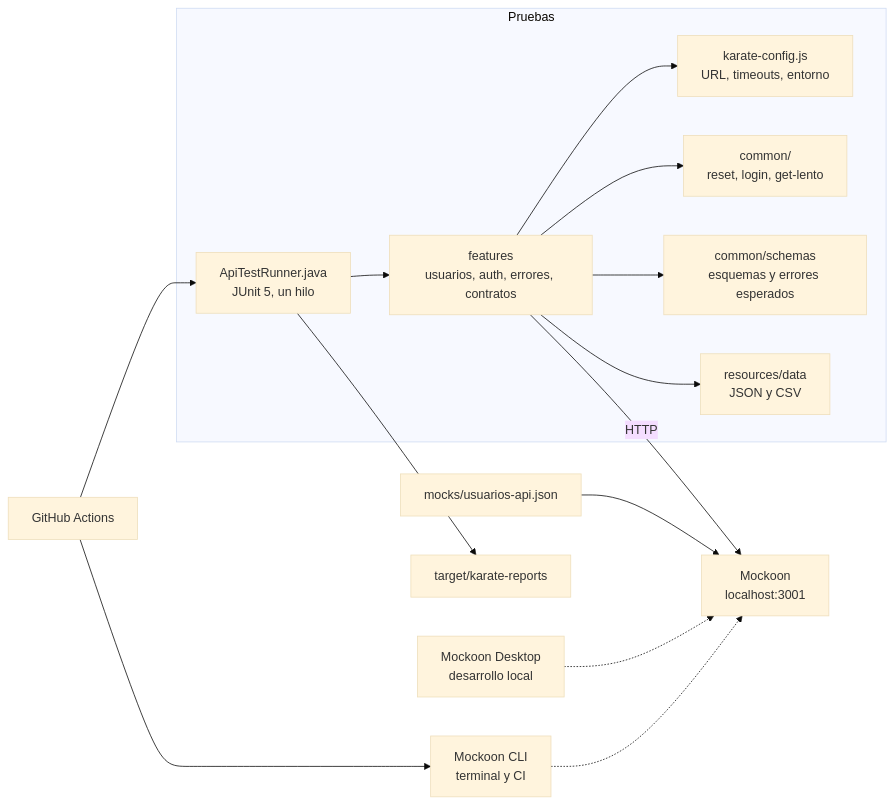
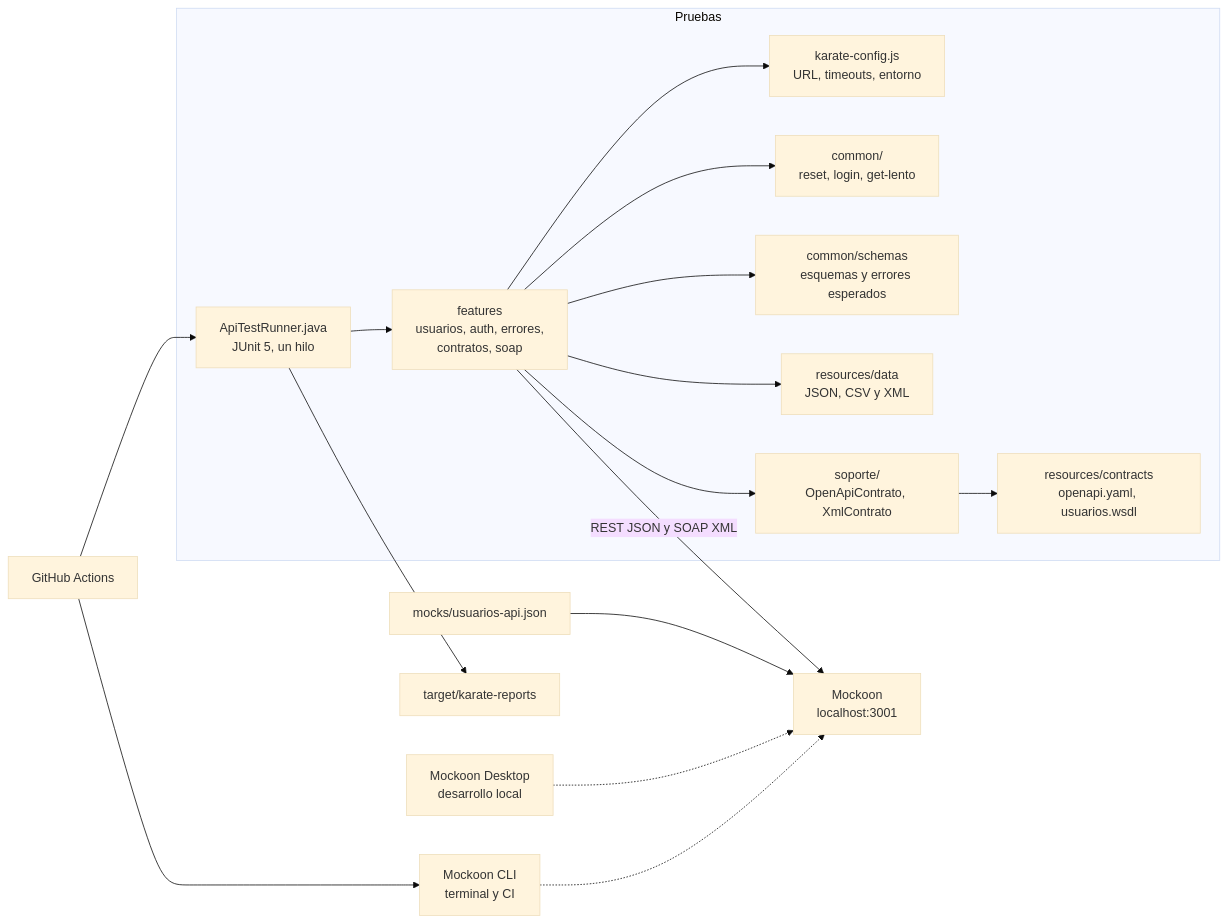
One commit to RicardoPavezCatrileo/poc_api_rest_karate_mockoon changed the diagram in README.md. Above: the diagram before and after it, drawn with Mermaid (base theme). The commit also changed other lines of this file and 6 other files, not shown here.

Commit message:
feat: validate REST responses against OpenAPI contract; docs: describe SOAP and contracts

````diff
--- a/README.md
+++ b/README.md
@@ -17,17 +18,19 @@
 ```mermaid
 flowchart LR
     subgraph Pruebas
-        R[ApiTestRunner.java<br/>JUnit 5, un hilo] --> F[features<br/>usuarios, auth, errores, contratos]
+        R[ApiTestRunner.java<br/>JUnit 5, un hilo] --> F[features<br/>usuarios, auth, errores,<br/>contratos, soap]
         F --> K[karate-config.js<br/>URL, timeouts, entorno]
         F --> C[common/<br/>reset, login, get-lento]
         F --> S[common/schemas<br/>esquemas y errores esperados]
-        F --> D[resources/data<br/>JSON y CSV]
+        F --> D[resources/data<br/>JSON, CSV y XML]
+        F --> V[soporte/<br/>OpenApiContrato, XmlContrato]
+        V --> CT[resources/contracts<br/>openapi.yaml, usuarios.wsdl]
     end
-    F -->|HTTP| M[Mockoon<br/>localhost:3001]
+    F -->|REST JSON y SOAP XML| M[Mockoon<br/>localhost:3001]
     E[mocks/usuarios-api.json] --> M
     DK[Mockoon Desktop<br/>desarrollo local] -.-> M
     CL[Mockoon CLI<br/>terminal y CI] -.-> M
     R --> REP[target/karate-reports]
     GA[GitHub Actions] --> CL
     GA --> R
 ```
````
